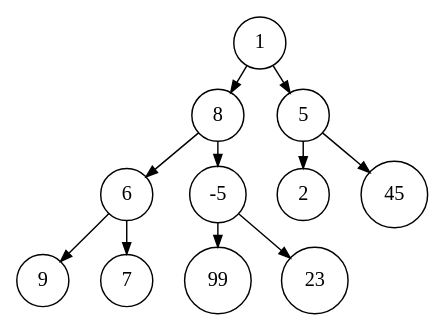
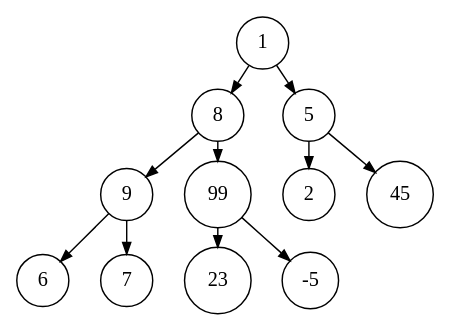
One commit to averyfaller/cs207labs changed the diagram in onheapifyimg02.dot. Above: the diagram before and after it, drawn with Graphviz. The commit also changed 6 other files, not shown here.

```diff
--- a/onheapifyimg02.dot
+++ b/onheapifyimg02.dot
@@ -1,28 +1,28 @@
 
     digraph G {
     nodesep=0.3;
     ranksep=0.2;
     margin=0.1;
     node [shape=circle];
     edge [arrowsize=0.8];
     1 -> 2[side=left];
 1 -> 3;
 2 -> 4[side=left];
 2 -> 5;
 3 -> 6[side=left];
 3 -> 7;
 4 -> 8[side=left];
 4 -> 9;
 5 -> 10[side=left];
 5 -> 11;
 1[label="1"]
 2[label="8"]
 3[label="5"]
-4[label="6"]
-5[label="-5"]
+4[label="9"]
+5[label="99"]
 6[label="2"]
 7[label="45"]
-8[label="9"]
+8[label="6"]
 9[label="7"]
-10[label="99"]
-11[label="23"]}
+10[label="23"]
+11[label="-5"]}
```
